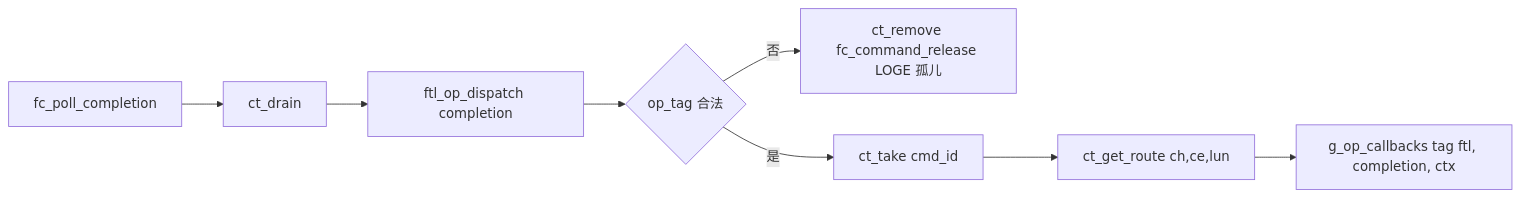
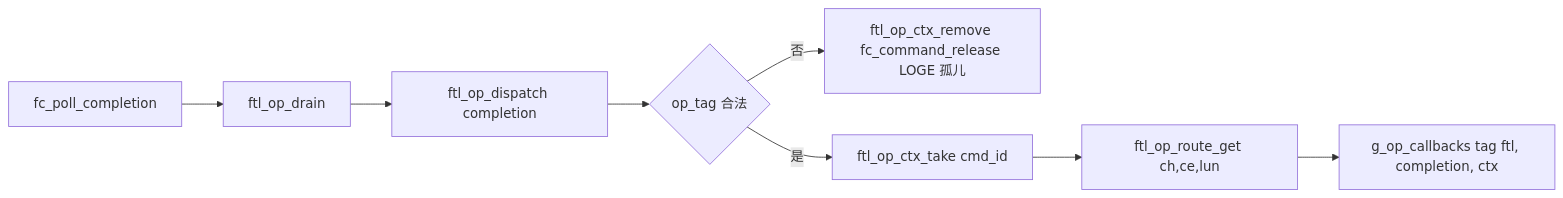
Diagram 18 of 32 in docs/design/ftl_design.md (YzYMIAO/BASESSD), drawn with Mermaid before and after one commit. The commit also changed other lines of this file and 20 other files, not shown here.

First line of the commit message:
refactor(ftl): completion_table 并入 ftl_op，统一完成派发面

````diff
--- a/docs/design/ftl_design.md
+++ b/docs/design/ftl_design.md
@@ -2966,10 +2966,10 @@
 ```mermaid
 flowchart LR
-    A["fc_poll_completion"] --> B["ct_drain"]
+    A["fc_poll_completion"] --> B["ftl_op_drain"]
     B --> C["ftl_op_dispatch completion"]
     C --> D{"op_tag 合法"}
-    D -- "否" --> E["ct_remove fc_command_release LOGE 孤儿"]
-    D -- "是" --> F["ct_take cmd_id"]
-    F --> G["ct_get_route ch,ce,lun"]
+    D -- "否" --> E["ftl_op_ctx_remove fc_command_release LOGE 孤儿"]
+    D -- "是" --> F["ftl_op_ctx_take cmd_id"]
+    F --> G["ftl_op_route_get ch,ce,lun"]
     G --> H["g_op_callbacks tag ftl, completion, ctx"]
 ```
````
